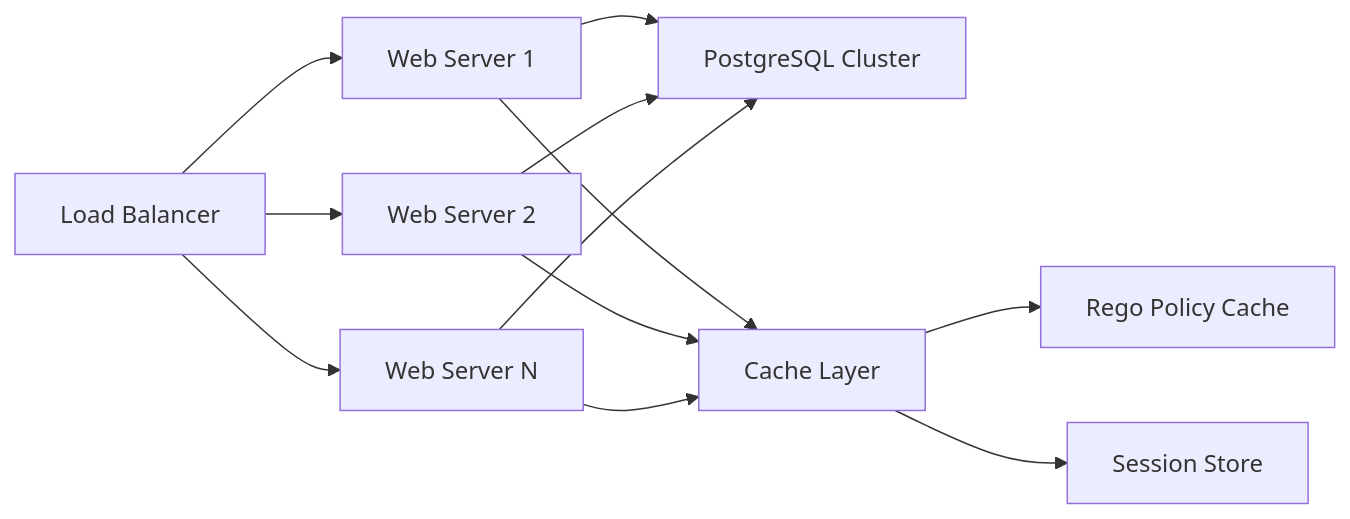
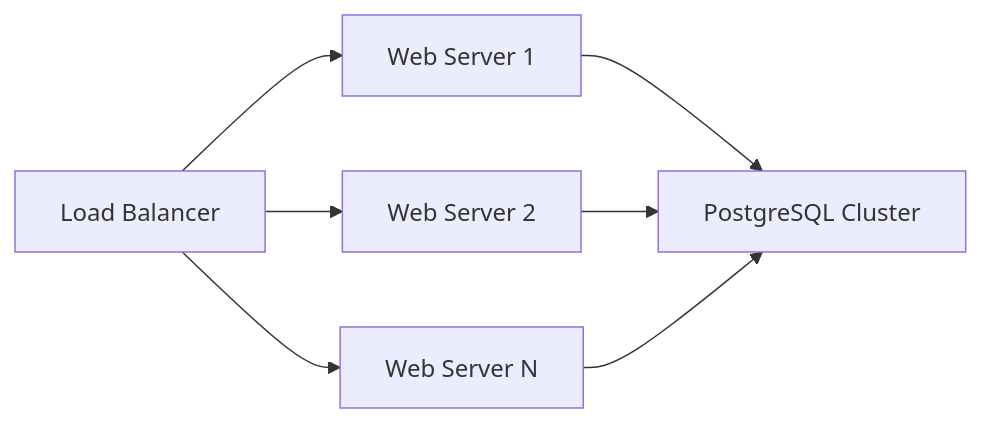
Before and after one commit to zam-haus/eventkoordinator: diagram 11 of 11 in openwiki/architecture/overview.md, drawn with Mermaid. The commit also changed other lines of this file, not shown here.

````diff
--- a/openwiki/architecture/overview.md
+++ b/openwiki/architecture/overview.md
@@ -391,17 +400,10 @@
 ```mermaid
 flowchart LR
     A["Load Balancer"] --> B["Web Server 1"]
     A --> C["Web Server 2"]
     A --> D["Web Server N"]
     
     B --> E["PostgreSQL Cluster"]
     C --> E
     D --> E
-    
-    B --> F["Cache Layer"]
-    C --> F
-    D --> F
-    
-    F --> G["Rego Policy Cache"]
-    F --> H["Session Store"]
 ```
````
